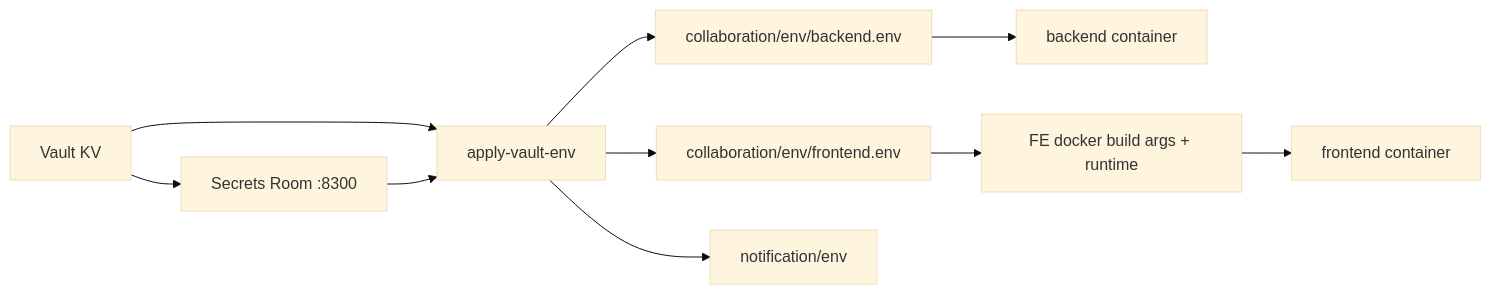
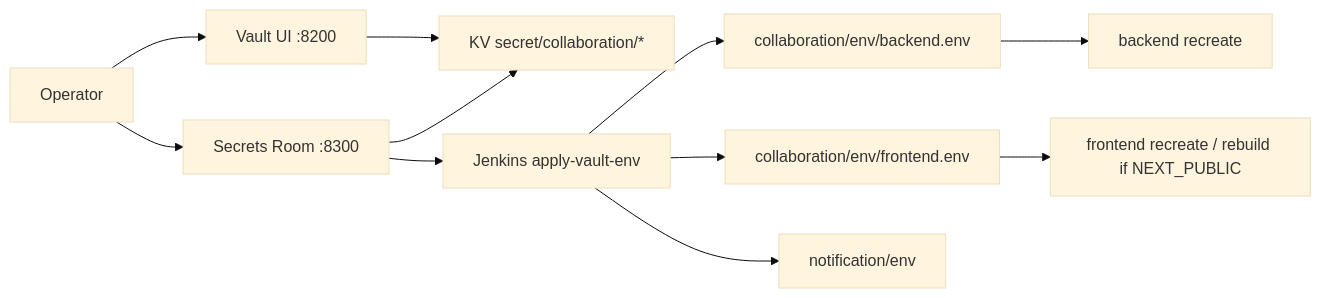
One commit to mikias1219/DevOps changed the fifth of 5 diagrams in README.md. Above: the diagram before and after it, drawn with Mermaid (base theme). The commit also changed other lines of this file and 12 other files, not shown here.

````diff
--- a/README.md
+++ b/README.md
@@ -274,12 +281,13 @@
 ```mermaid
 flowchart LR
-  V[Vault KV] --> SR[Secrets Room :8300]
-  V --> APPLY[apply-vault-env]
-  SR --> APPLY
+  Op[Operator] --> VUI[Vault UI :8200]
+  Op --> SR[Secrets Room :8300]
+  VUI --> KV["KV secret/collaboration/*"]
+  SR --> KV
+  SR --> APPLY[Jenkins apply-vault-env]
   APPLY --> BE_ENV[collaboration/env/backend.env]
   APPLY --> FE_ENV[collaboration/env/frontend.env]
   APPLY --> NES_ENV[notification/env]
-  BE_ENV --> BE[backend container]
-  FE_ENV --> BUILD[FE docker build args + runtime]
-  BUILD --> FE[frontend container]
+  BE_ENV --> BE[backend recreate]
+  FE_ENV --> FE[frontend recreate / rebuild if NEXT_PUBLIC]
 ```
````
